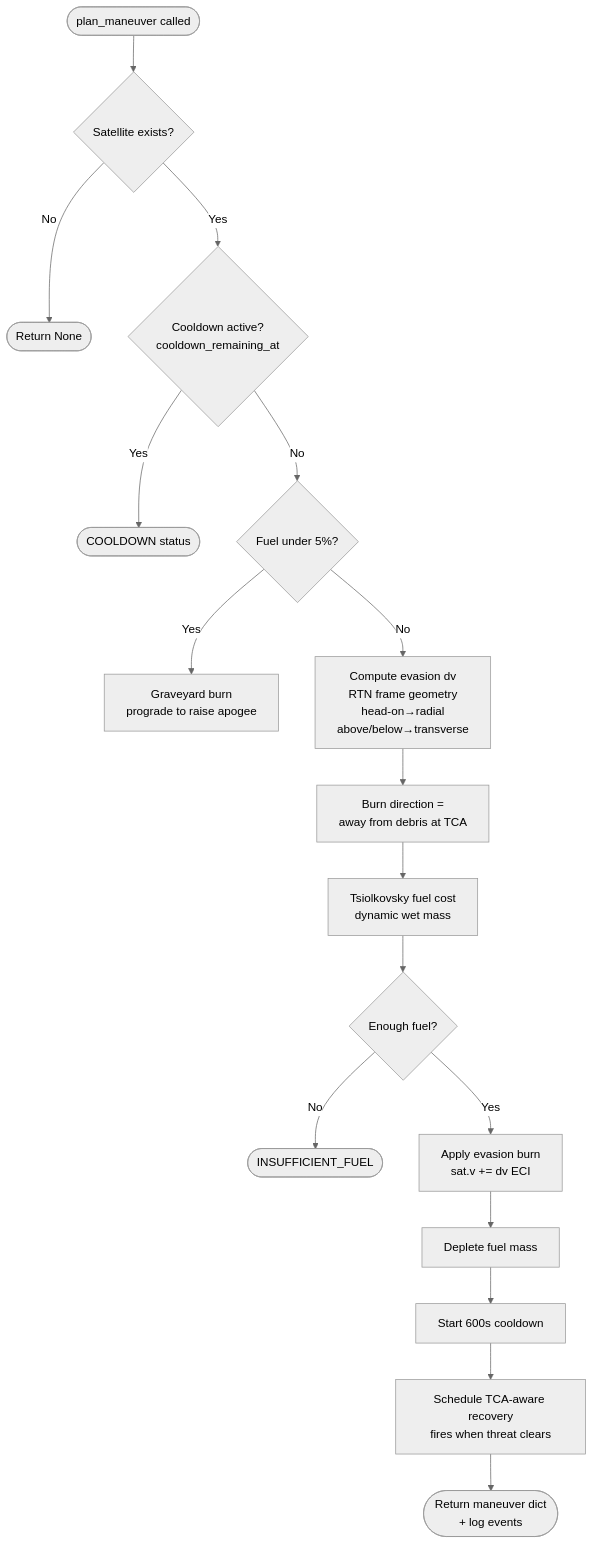
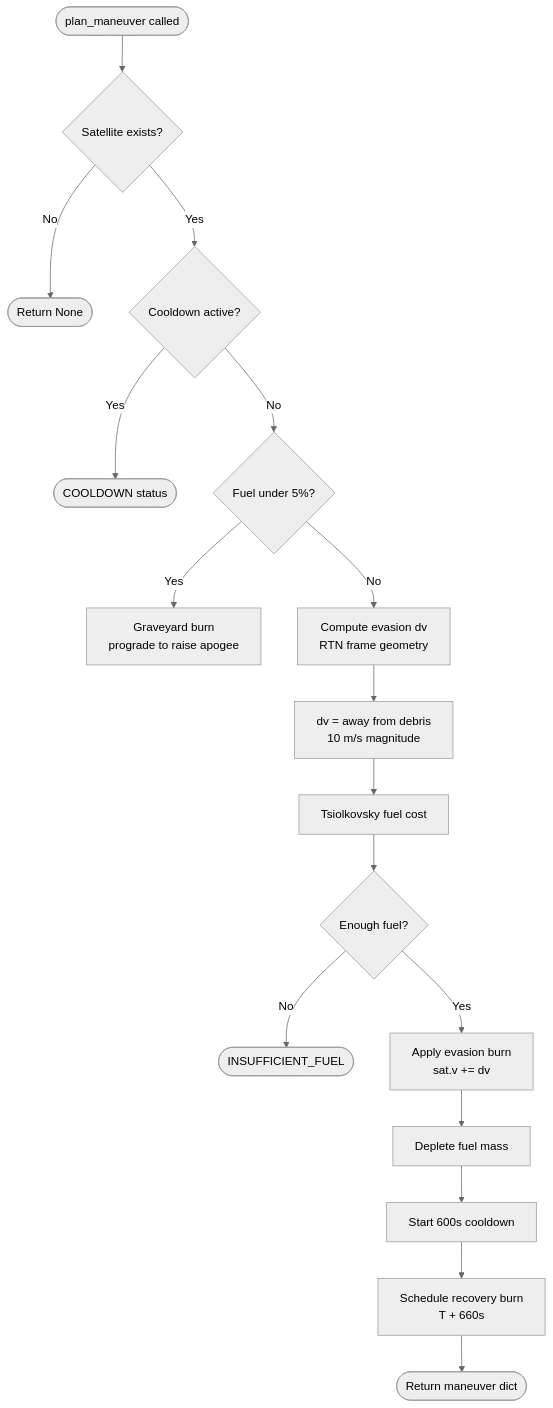
Before and after one commit to mercer6969/acm-project: the fifth of 8 diagrams in README.md, drawn with Mermaid (neutral theme). The commit also changed other lines of this file, not shown here.

````diff
--- a/README.md
+++ b/README.md
@@ -188,19 +175,19 @@
 ```mermaid
 flowchart TD
     A([plan_maneuver called]) --> B{Satellite exists?}
     B -->|No| Z1([Return None])
-    B -->|Yes| C{Cooldown active?\ncooldown_remaining_at}
+    B -->|Yes| C{Cooldown active?}
     C -->|Yes| Z2([COOLDOWN status])
     C -->|No| D{Fuel under 5%?}
     D -->|Yes| E[Graveyard burn\nprograde to raise apogee]
-    D -->|No| F[Compute evasion dv\nRTN frame geometry\nhead-on→radial\nabove/below→transverse]
-    F --> G[Burn direction =\naway from debris at TCA]
-    G --> H[Tsiolkovsky fuel cost\ndynamic wet mass]
+    D -->|No| F[Compute evasion dv\nRTN frame geometry]
+    F --> G[dv = away from debris\n10 m/s magnitude]
+    G --> H[Tsiolkovsky fuel cost]
     H --> I{Enough fuel?}
     I -->|No| Z3([INSUFFICIENT_FUEL])
-    I -->|Yes| J[Apply evasion burn\nsat.v += dv ECI]
+    I -->|Yes| J[Apply evasion burn\nsat.v += dv]
     J --> K[Deplete fuel mass]
     K --> L[Start 600s cooldown]
-    L --> M[Schedule TCA-aware recovery\nfires when threat clears]
-    M --> N([Return maneuver dict\n+ log events])
+    L --> M[Schedule recovery burn\nT + 660s]
+    M --> N([Return maneuver dict])
 ```
````
